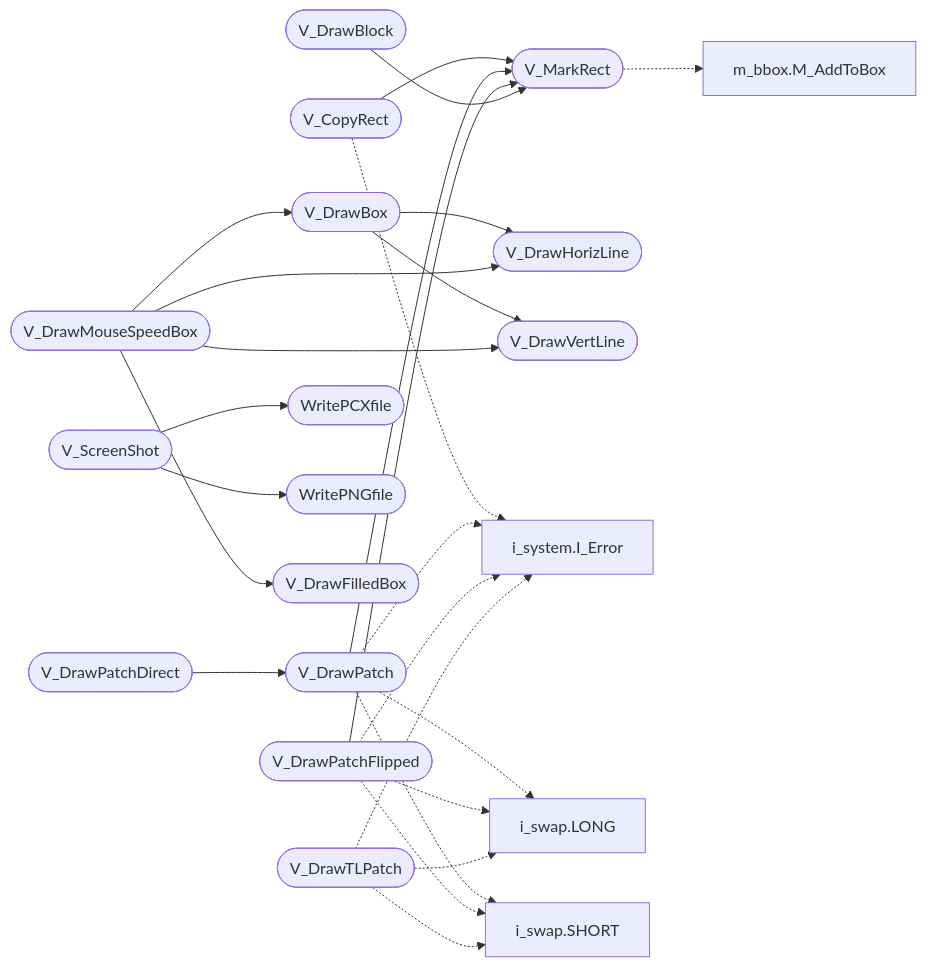
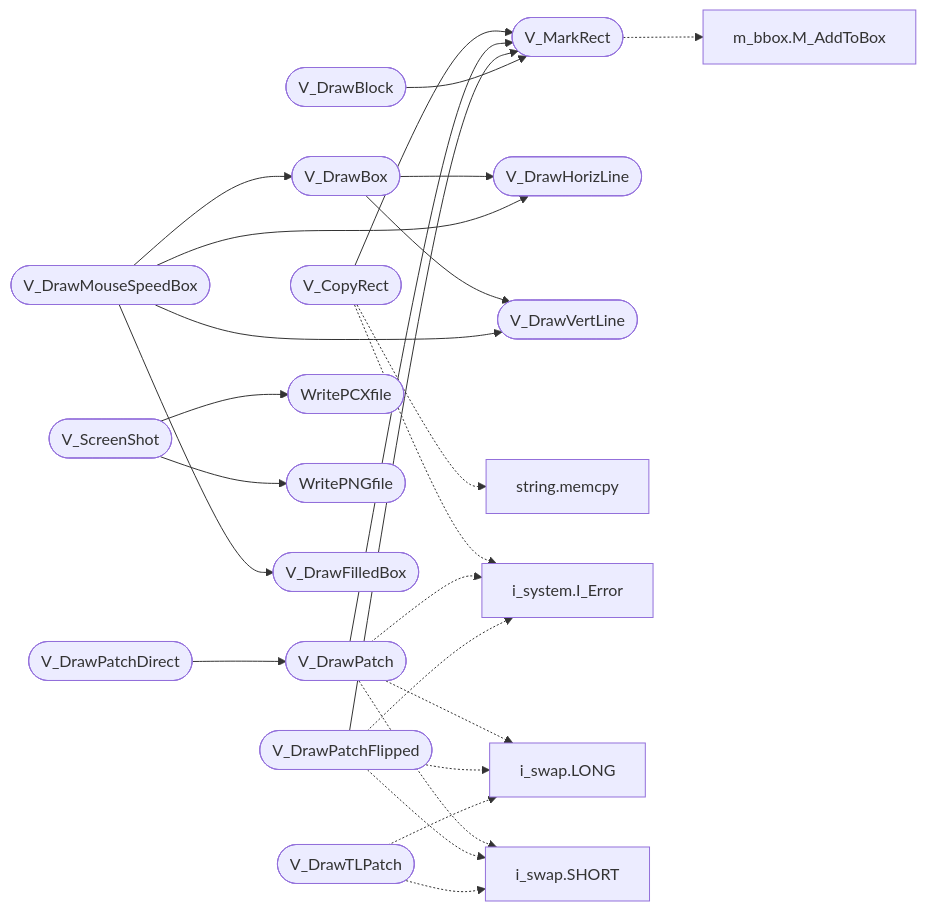
The diagram in readmenator-apidocs/modules/progs.doomgeneric.v_video.c.md (grisuno/miniOS), drawn with Mermaid before and after one commit. The commit also changed other lines of this file and 222 other files, not shown here.

````diff
--- a/readmenator-apidocs/modules/progs.doomgeneric.v_video.c.md
+++ b/readmenator-apidocs/modules/progs.doomgeneric.v_video.c.md
@@ -19,46 +19,47 @@
 ```mermaid
 flowchart LR
     n_progs_doomgeneric_v_video_c__V_CopyRect(["V_CopyRect"])
     n_progs_doomgeneric_v_video_c__V_MarkRect(["V_MarkRect"])
     n_progs_doomgeneric_v_video_c__V_DrawPatch(["V_DrawPatch"])
     n_progs_doomgeneric_v_video_c__V_DrawPatchFlipped(["V_DrawPatchFlipped"])
     n_progs_doomgeneric_v_video_c__V_DrawPatchDirect(["V_DrawPatchDirect"])
     n_progs_doomgeneric_v_video_c__V_DrawBlock(["V_DrawBlock"])
     n_progs_doomgeneric_v_video_c__V_DrawBox(["V_DrawBox"])
     n_progs_doomgeneric_v_video_c__V_DrawHorizLine(["V_DrawHorizLine"])
     n_progs_doomgeneric_v_video_c__V_DrawVertLine(["V_DrawVertLine"])
     n_progs_doomgeneric_v_video_c__V_ScreenShot(["V_ScreenShot"])
     n_progs_doomgeneric_v_video_c__WritePCXfile(["WritePCXfile"])
     n_progs_doomgeneric_v_video_c__WritePNGfile(["WritePNGfile"])
     n_progs_doomgeneric_v_video_c__V_DrawMouseSpeedBox(["V_DrawMouseSpeedBox"])
     n_progs_doomgeneric_v_video_c__V_DrawFilledBox(["V_DrawFilledBox"])
     n_progs_doomgeneric_m_bbox_h__M_AddToBox["m_bbox.M_AddToBox"]
+    n_kernel_string_c__memcpy["string.memcpy"]
     n_progs_doomgeneric_i_system_h__I_Error["i_system.I_Error"]
     n_progs_doomgeneric_i_swap_h__LONG["i_swap.LONG"]
     n_progs_doomgeneric_i_swap_h__SHORT["i_swap.SHORT"]
     n_progs_doomgeneric_v_video_c__V_DrawTLPatch(["V_DrawTLPatch"])
     n_progs_doomgeneric_v_video_c__V_CopyRect --> n_progs_doomgeneric_v_video_c__V_MarkRect
     n_progs_doomgeneric_v_video_c__V_DrawPatch --> n_progs_doomgeneric_v_video_c__V_MarkRect
     n_progs_doomgeneric_v_video_c__V_DrawPatchFlipped --> n_progs_doomgeneric_v_video_c__V_MarkRect
     n_progs_doomgeneric_v_video_c__V_DrawPatchDirect --> n_progs_doomgeneric_v_video_c__V_DrawPatch
     n_progs_doomgeneric_v_video_c__V_DrawBlock --> n_progs_doomgeneric_v_video_c__V_MarkRect
     n_progs_doomgeneric_v_video_c__V_DrawBox --> n_progs_doomgeneric_v_video_c__V_DrawHorizLine
     n_progs_doomgeneric_v_video_c__V_DrawBox --> n_progs_doomgeneric_v_video_c__V_DrawVertLine
     n_progs_doomgeneric_v_video_c__V_ScreenShot --> n_progs_doomgeneric_v_video_c__WritePCXfile
     n_progs_doomgeneric_v_video_c__V_ScreenShot --> n_progs_doomgeneric_v_video_c__WritePNGfile
     n_progs_doomgeneric_v_video_c__V_DrawMouseSpeedBox --> n_progs_doomgeneric_v_video_c__V_DrawBox
     n_progs_doomgeneric_v_video_c__V_DrawMouseSpeedBox --> n_progs_doomgeneric_v_video_c__V_DrawFilledBox
     n_progs_doomgeneric_v_video_c__V_DrawMouseSpeedBox --> n_progs_doomgeneric_v_video_c__V_DrawHorizLine
     n_progs_doomgeneric_v_video_c__V_DrawMouseSpeedBox --> n_progs_doomgeneric_v_video_c__V_DrawVertLine
     n_progs_doomgeneric_v_video_c__V_MarkRect -.-> n_progs_doomgeneric_m_bbox_h__M_AddToBox
+    n_progs_doomgeneric_v_video_c__V_CopyRect -.-> n_kernel_string_c__memcpy
     n_progs_doomgeneric_v_video_c__V_CopyRect -.-> n_progs_doomgeneric_i_system_h__I_Error
     n_progs_doomgeneric_v_video_c__V_DrawPatch -.-> n_progs_doomgeneric_i_swap_h__LONG
     n_progs_doomgeneric_v_video_c__V_DrawPatch -.-> n_progs_doomgeneric_i_swap_h__SHORT
     n_progs_doomgeneric_v_video_c__V_DrawPatch -.-> n_progs_doomgeneric_i_system_h__I_Error
     n_progs_doomgeneric_v_video_c__V_DrawPatchFlipped -.-> n_progs_doomgeneric_i_swap_h__LONG
     n_progs_doomgeneric_v_video_c__V_DrawPatchFlipped -.-> n_progs_doomgeneric_i_swap_h__SHORT
     n_progs_doomgeneric_v_video_c__V_DrawPatchFlipped -.-> n_progs_doomgeneric_i_system_h__I_Error
     n_progs_doomgeneric_v_video_c__V_DrawTLPatch -.-> n_progs_doomgeneric_i_swap_h__LONG
     n_progs_doomgeneric_v_video_c__V_DrawTLPatch -.-> n_progs_doomgeneric_i_swap_h__SHORT
-    n_progs_doomgeneric_v_video_c__V_DrawTLPatch -.-> n_progs_doomgeneric_i_system_h__I_Error
 ```
````
